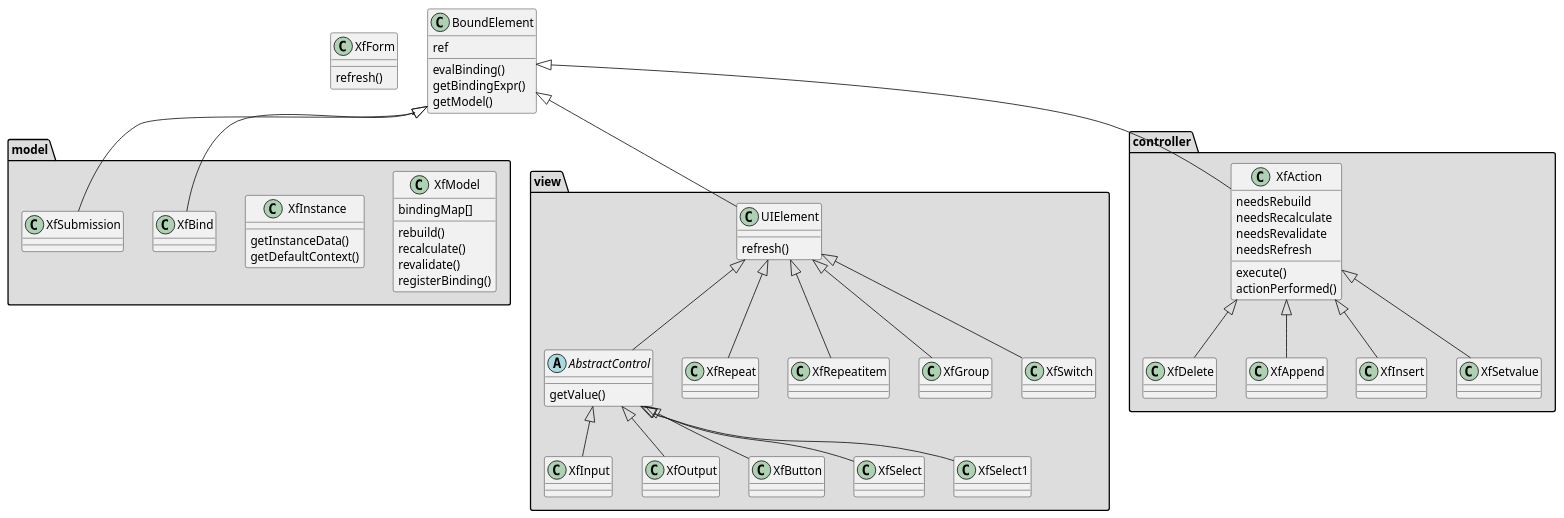
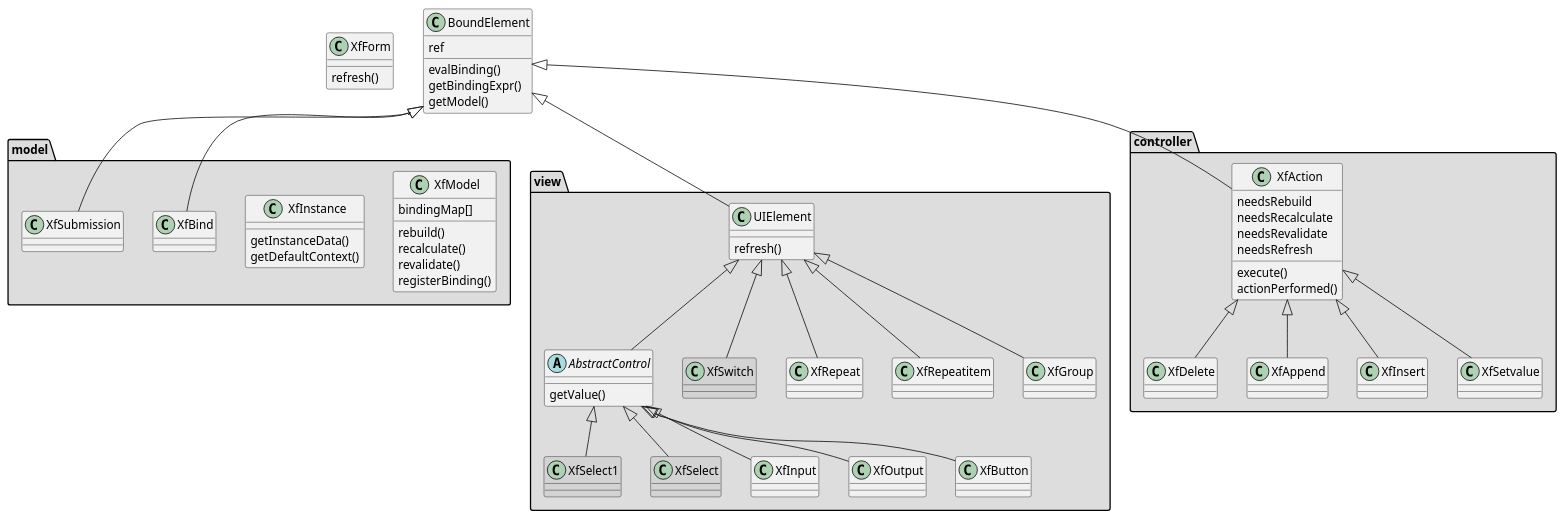
Before and after one commit to Jinntec/Fore: the diagram in doc/classdiagram.puml, drawn with PlantUML. The commit also changed 7 other files, not shown here.

Commit message:
state-change events do not fire during ui init; fixed eval context node in model.revalidate; firing of state-change events (required,optional,readonly, readwrite, valid, invalid ...); class diagram

```diff
--- a/doc/classdiagram.puml
+++ b/doc/classdiagram.puml
@@ -1,77 +1,79 @@
 @startuml
-
 class XfForm {
     refresh()
 }
 class BoundElement{
     ref
     evalBinding()
     getBindingExpr()
     getModel()
 }
 
 package "model" #DDDDDD {
     class XfModel{
         bindingMap[]
         rebuild()
         recalculate()
         revalidate()
         registerBinding()
     }
     class XfInstance{
         getInstanceData()
         getDefaultContext()
     }
     class XfBind
     class XfSubmission
 }
 
 
 
 package "view" #DDDDDD{
     class UIElement{
         refresh()
     }
     abstract class AbstractControl{
         getValue()
     }
+    class XfSwitch #lightgrey
+    class XfSelect1 #lightgrey
+    class XfSelect #lightgrey
     UIElement <|-- AbstractControl
     AbstractControl <|-- XfInput
     AbstractControl <|-- XfOutput
     AbstractControl <|-- XfButton
     UIElement <|-- XfRepeat
     UIElement <|-- XfRepeatitem
     UIElement <|-- XfGroup
     UIElement <|-- XfSwitch
     AbstractControl <|-- XfSelect
     AbstractControl <|-- XfSelect1
 }
 
 package "controller" #DDDDDD{
     class XfAction{
         needsRebuild
         needsRecalculate
         needsRevalidate
         needsRefresh
         execute()
         actionPerformed()
     }
     XfAction <|-- XfDelete
     XfAction <|-- XfAppend
     XfAction <|-- XfInsert
     XfAction <|-- XfSetvalue
 
 }
 
 
 
 BoundElement <|-- UIElement
 BoundElement <|-- XfAction
 BoundElement <|-- XfBind
 BoundElement <|-- XfSubmission
 
 
 
 
 
 @enduml
```
